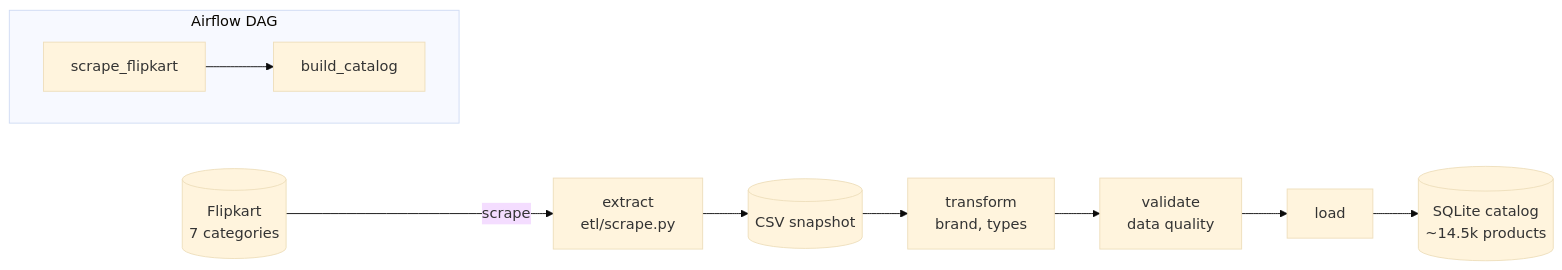
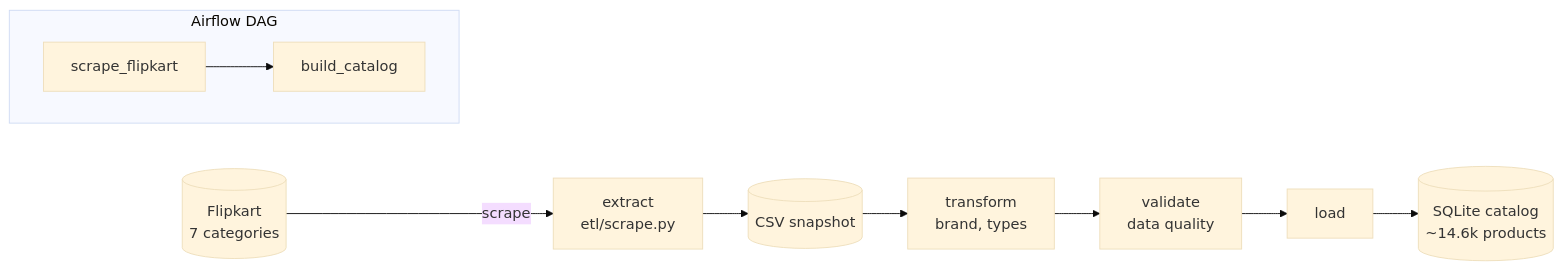
One commit to anshps2005/E-Commerce-ChatBot changed the first of 5 diagrams in README.md. Above: the diagram before and after it, drawn with Mermaid (base theme). The commit also changed other lines of this file, not shown here.

````diff
--- a/README.md
+++ b/README.md
@@ -30,14 +30,14 @@
 ```mermaid
 flowchart LR
     F[(Flipkart<br/>7 categories)] -->|scrape| E[extract<br/>etl/scrape.py]
     E --> RAW[(CSV snapshot)]
     RAW --> T[transform<br/>brand, types]
     T --> V[validate<br/>data quality]
     V --> L[load]
-    L --> DB[(SQLite catalog<br/>~14.5k products)]
+    L --> DB[(SQLite catalog<br/>~14.6k products)]
 
     subgraph Airflow DAG
       direction LR
       S[scrape_flipkart] --> B[build_catalog]
     end
 ```
````
